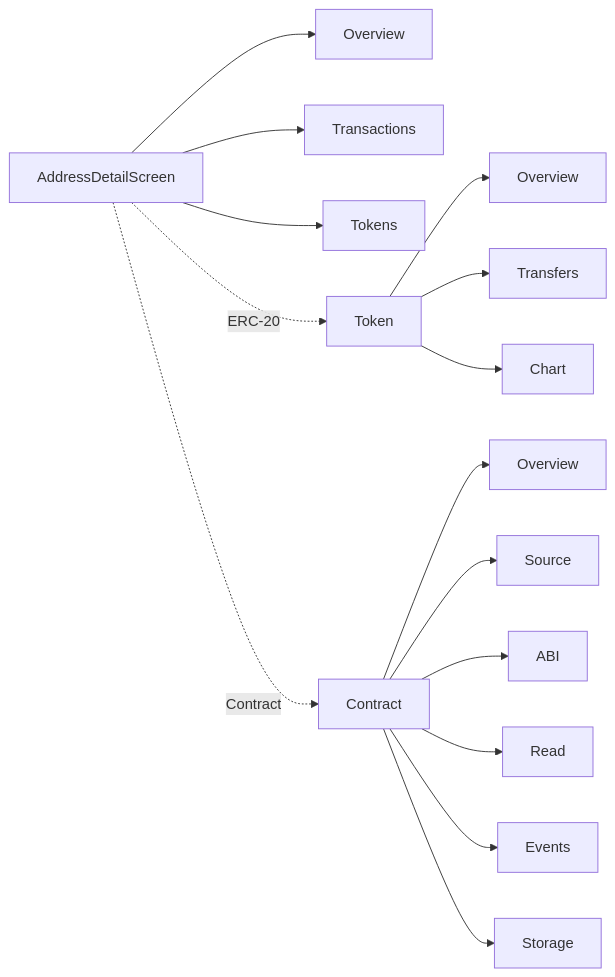
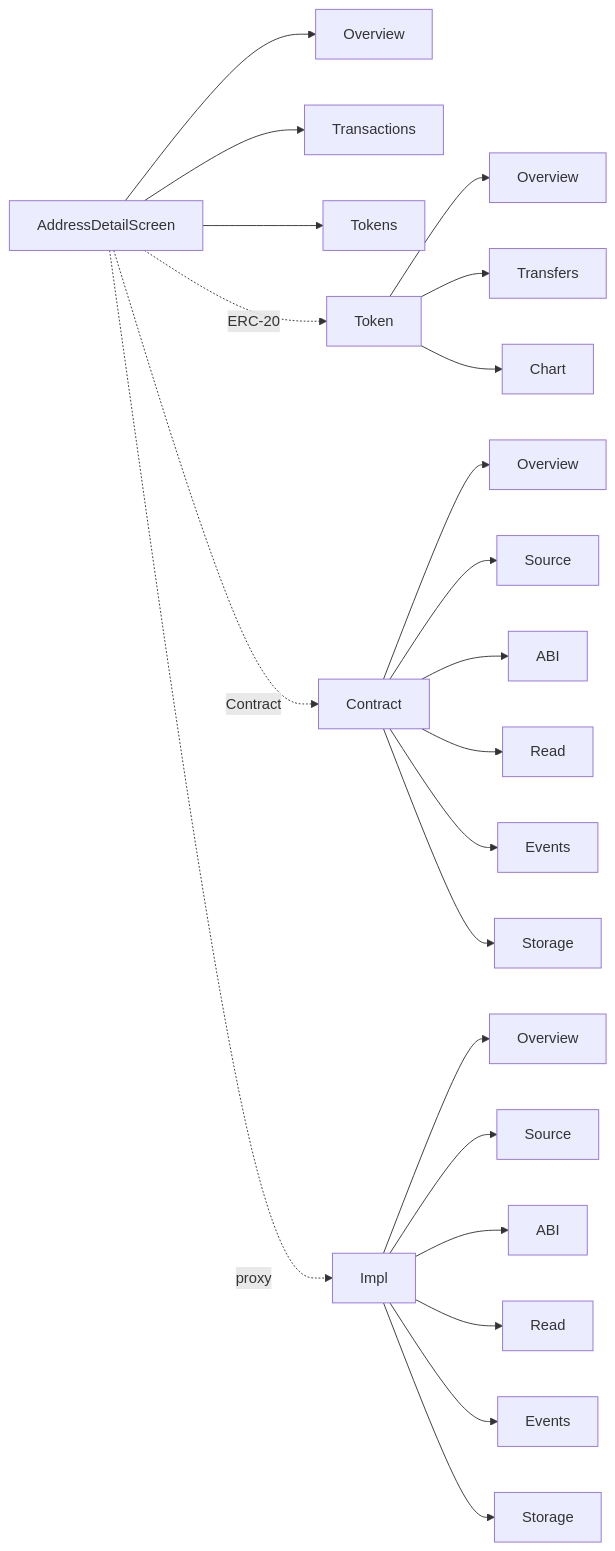
Before and after one commit to LeoPapais/tui-blockexplorer: the first of 2 diagrams in plan/16-unified-address-detail.md, drawn with Mermaid. The commit also changed other lines of this file and 7 other files, not shown here.

First line of the commit message:
feat(address): Impl main tab for proxy contracts

````diff
--- a/plan/16-unified-address-detail.md
+++ b/plan/16-unified-address-detail.md
@@ -30,18 +30,25 @@
 ```mermaid
 flowchart LR
   ADS[AddressDetailScreen]
   ADS --> Overview
   ADS --> Transactions
   ADS --> Tokens
   ADS -.ERC-20.-> Token
   Token --> Tk_Overview[Overview]
   Token --> Tk_Transfers[Transfers]
   Token --> Tk_Chart[Chart]
   ADS -.Contract.-> Contract
   Contract --> Ct_Overview[Overview]
   Contract --> Ct_Source[Source]
   Contract --> Ct_Abi[ABI]
   Contract --> Ct_Read[Read]
   Contract --> Ct_Events[Events]
   Contract --> Ct_Storage[Storage]
+  ADS -.proxy.-> Impl[Impl]
+  Impl --> Im_Overview[Overview]
+  Impl --> Im_Source[Source]
+  Impl --> Im_Abi[ABI]
+  Impl --> Im_Read[Read]
+  Impl --> Im_Events[Events]
+  Impl --> Im_Storage[Storage]
 ```
````
